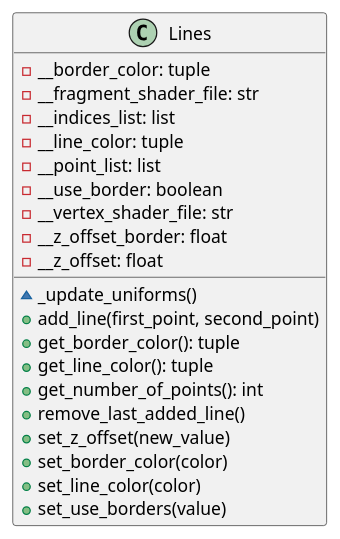
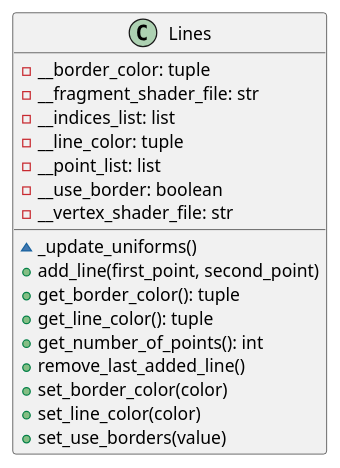
One commit to ferpoble2/Relief_Creator changed the diagram in docs/classes/Lines.puml. Above: the diagram before and after it, drawn with PlantUML. The commit also changed 8 other files, not shown here.

```diff
--- a/docs/classes/Lines.puml
+++ b/docs/classes/Lines.puml
@@ -1,25 +1,22 @@
 @startuml
                 class Lines {
                     - __border_color: tuple
                     - __fragment_shader_file: str
                     - __indices_list: list
                     - __line_color: tuple
                     - __point_list: list
                     - __use_border: boolean
                     - __vertex_shader_file: str
-                    - __z_offset_border: float
-                    - __z_offset: float
 
                     ~ _update_uniforms()
                     + add_line(first_point, second_point)
                     + get_border_color(): tuple
                     + get_line_color(): tuple
                     + get_number_of_points(): int
                     + remove_last_added_line()
-                    + set_z_offset(new_value)
                     + set_border_color(color)
                     + set_line_color(color)
                     + set_use_borders(value)
                 }
 
 @enduml
```
